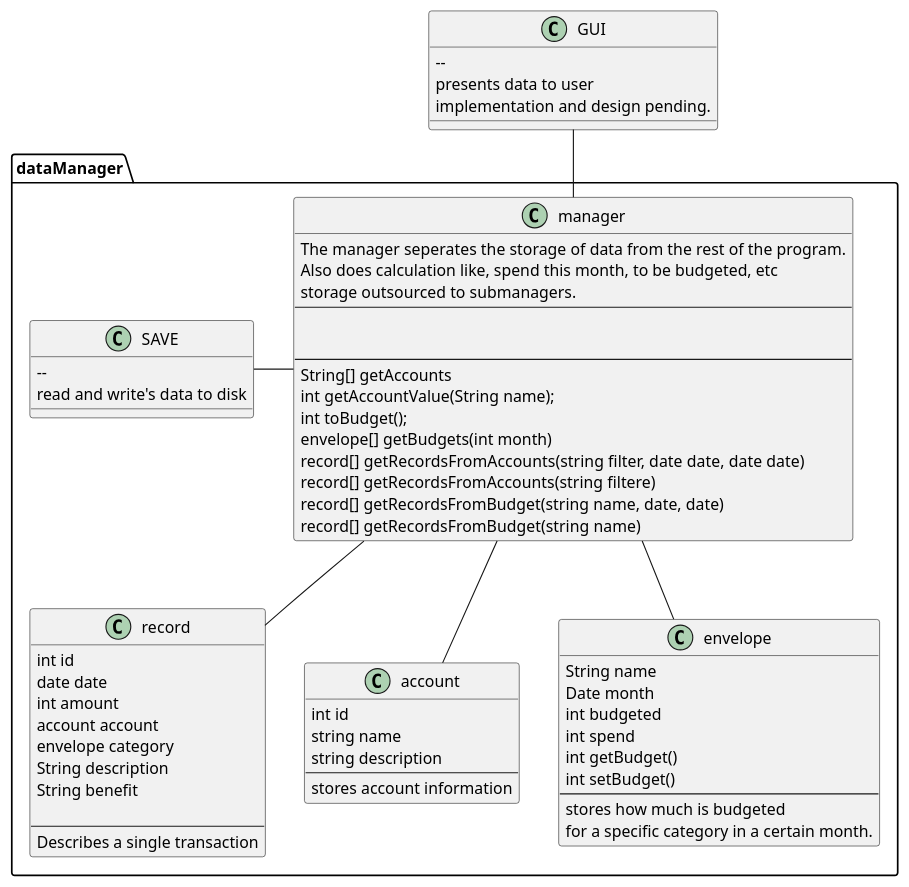
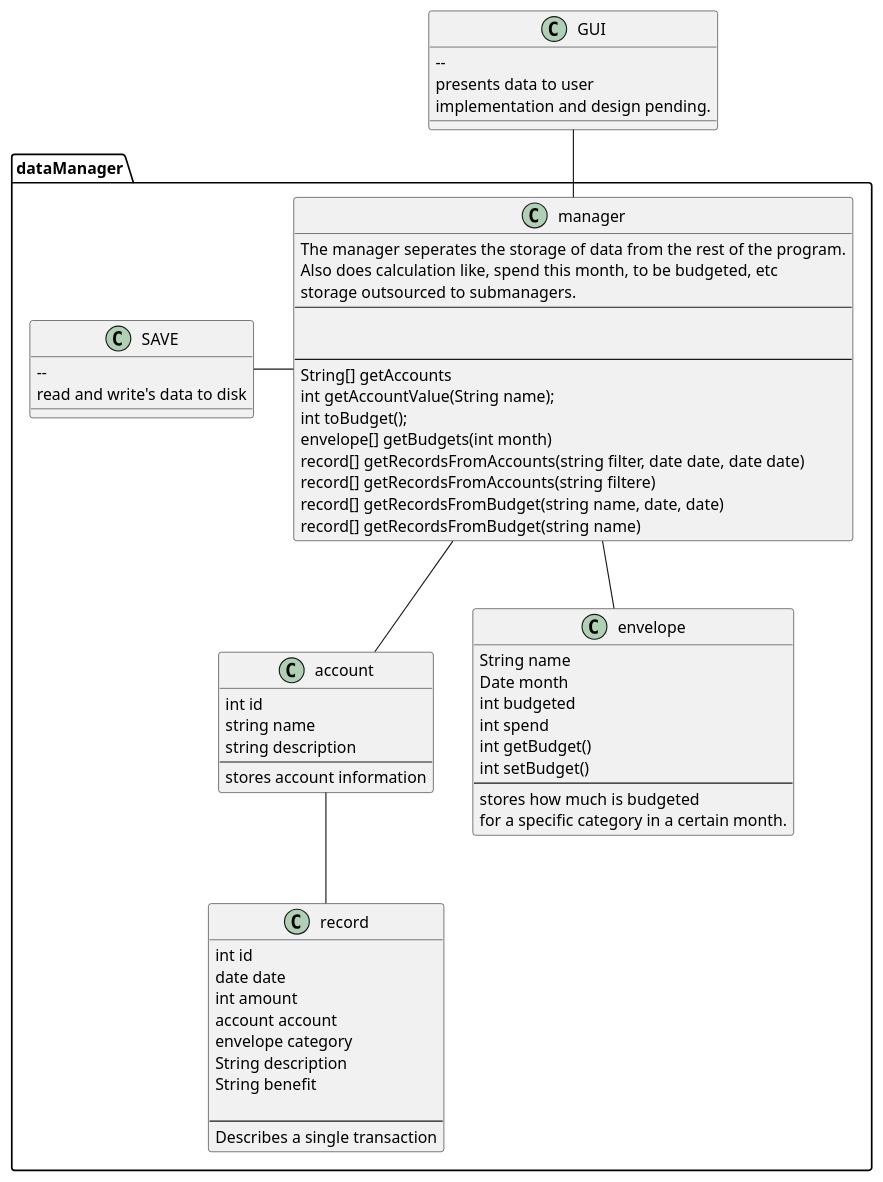
The diagram in doc/envelopeBudget.plantuml (gorgabal/EnvelopeBudget), drawn with PlantUML before and after one commit.

Commit message:
Records are now managed by accounts!

```diff
--- a/doc/envelopeBudget.plantuml
+++ b/doc/envelopeBudget.plantuml
@@ -1,80 +1,80 @@
 @startuml
 package dataManager{
 
 
     class manager{
     The manager seperates the storage of data from the rest of the program.
     Also does calculation like, spend this month, to be budgeted, etc
     storage outsourced to submanagers.
     ----
 
 
     ----
     String[] getAccounts
     int getAccountValue(String name);
     int toBudget();
     envelope[] getBudgets(int month)
     record[] getRecordsFromAccounts(string filter, date date, date date)
     record[] getRecordsFromAccounts(string filtere)
     record[] getRecordsFromBudget(string name, date, date)
     record[] getRecordsFromBudget(string name)
     }
 
     class record{
       int id
       date date
       int amount
       account account
       envelope category
       String description
       String benefit
 
       --
       Describes a single transaction
     }
 
 
 
     class account {
       int id
       string name
       string description
       --
       stores account information
     }
 
 
     class envelope{
       String name
       Date month
       int budgeted
       int spend
       int getBudget()
       int setBudget()
       --
       stores how much is budgeted
       for a specific category in a certain month.
     }
     class SAVE{
 
     --
     read and write's data to disk
     }
 }
 
 
 class GUI{
 
     --
     presents data to user
     implementation and design pending.
     }
 
 
 
 GUI -- manager
 SAVE - manager
 manager -- account
 manager -- envelope
-manager -- record
+account -- record
 @enduml
```
